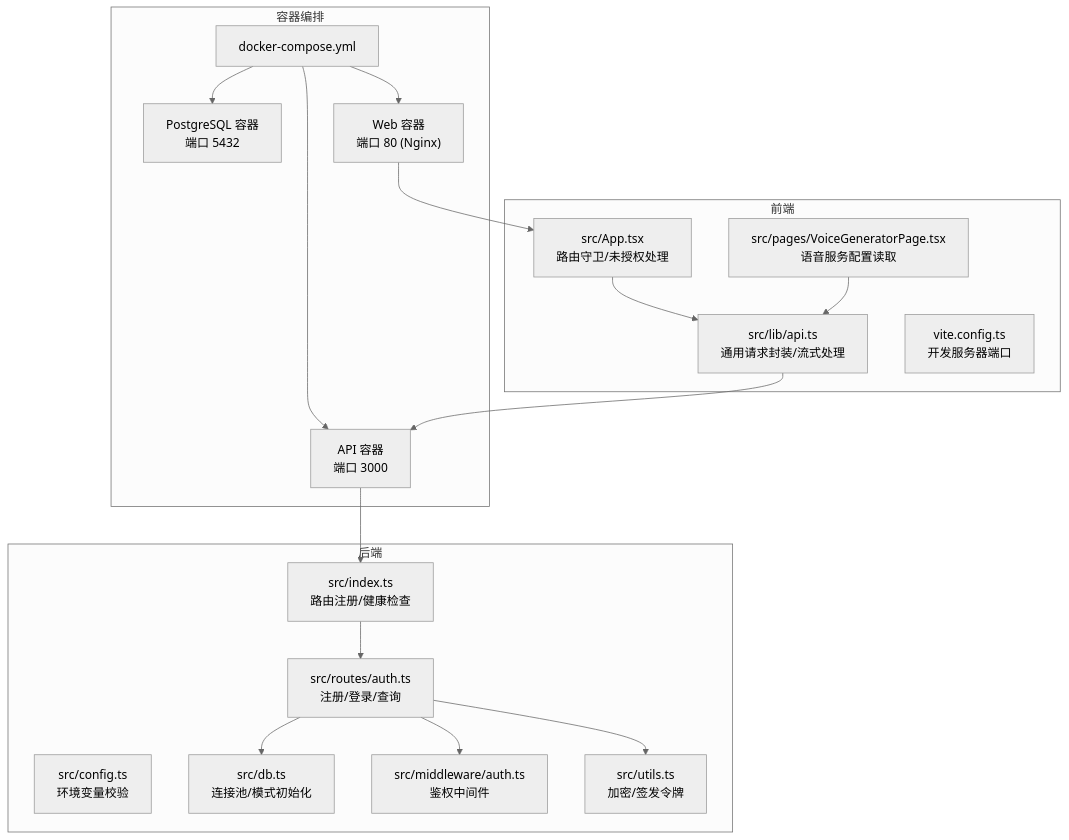
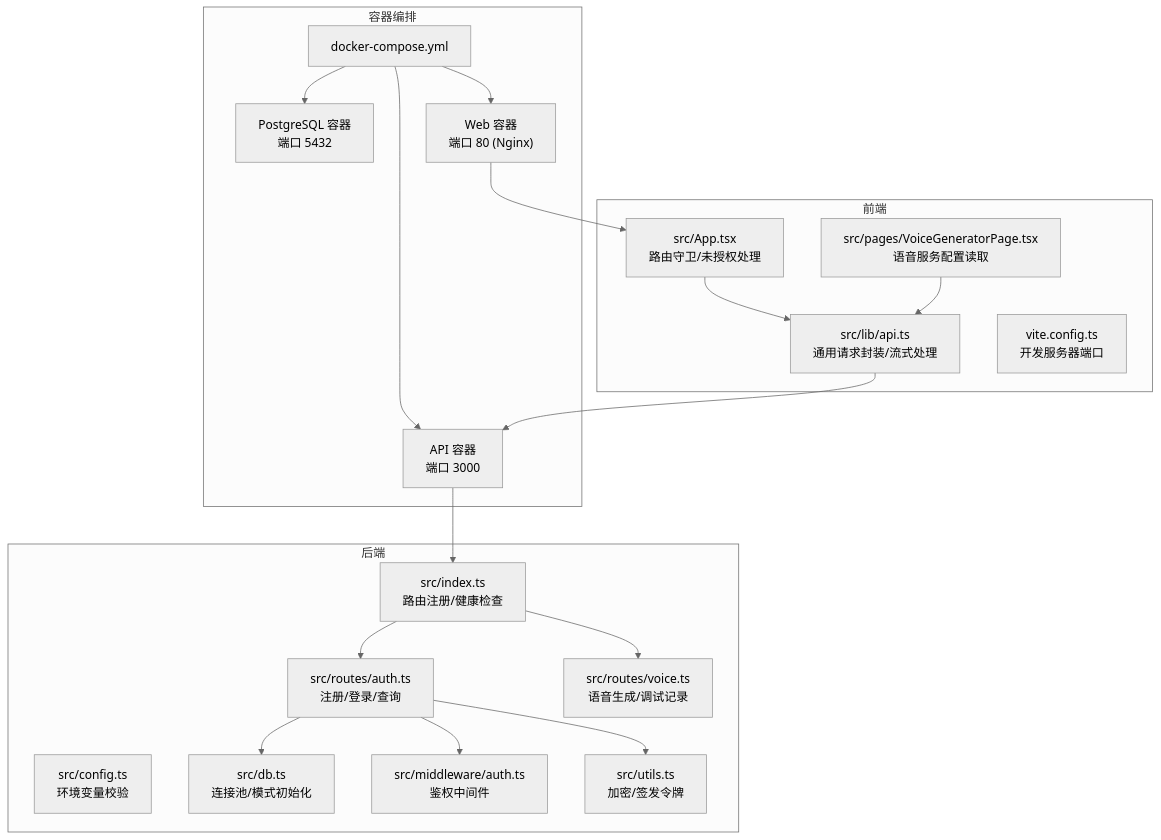
One commit to hanksd769-droid/sailshub changed the first of 5 diagrams in .qoder/repowiki/zh/content/开发指南/调试与故障排除.md. Above: the diagram before and after it, drawn with Mermaid (neutral theme). The commit also changed other lines of this file and 4 other files, not shown here.

````diff
--- a/.qoder/repowiki/zh/content/开发指南/调试与故障排除.md
+++ b/.qoder/repowiki/zh/content/开发指南/调试与故障排除.md
@@ -42,35 +48,37 @@
 ```mermaid
 graph TB
 subgraph "容器编排"
 DC["docker-compose.yml"]
 DB["PostgreSQL 容器<br/>端口 5432"]
 API["API 容器<br/>端口 3000"]
 WEB["Web 容器<br/>端口 80 (Nginx)"]
 end
 subgraph "后端"
 IDX["src/index.ts<br/>路由注册/健康检查"]
 CFG["src/config.ts<br/>环境变量校验"]
 DBMOD["src/db.ts<br/>连接池/模式初始化"]
 AUTHMW["src/middleware/auth.ts<br/>鉴权中间件"]
 AUTHROUTES["src/routes/auth.ts<br/>注册/登录/查询"]
+VOICEROUTES["src/routes/voice.ts<br/>语音生成/调试记录"]
 UTILS["src/utils.ts<br/>加密/签发令牌"]
 end
 subgraph "前端"
 APP["src/App.tsx<br/>路由守卫/未授权处理"]
 APIFETCH["src/lib/api.ts<br/>通用请求封装/流式处理"]
 VOICE["src/pages/VoiceGeneratorPage.tsx<br/>语音服务配置读取"]
 VCFG["vite.config.ts<br/>开发服务器端口"]
 end
 DC --> DB
 DC --> API
 DC --> WEB
 API --> IDX
 IDX --> AUTHROUTES
+IDX --> VOICEROUTES
 AUTHROUTES --> AUTHMW
 AUTHROUTES --> DBMOD
 AUTHROUTES --> UTILS
 WEB --> APP
 APP --> APIFETCH
 APIFETCH --> API
 VOICE --> APIFETCH
 ```
````
